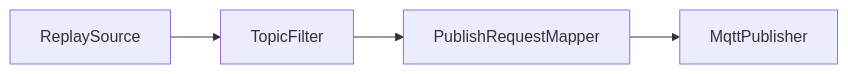
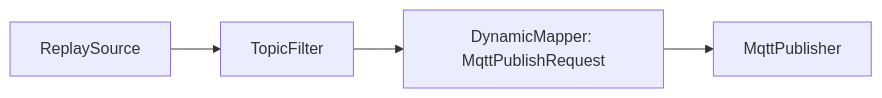
The second of 5 diagrams in docs/fork-flow.md (araxis/FluxMq), drawn with Mermaid before and after one commit. The commit also changed other lines of this file and 21 other files, not shown here.

Commit message:
fix: make flow mapping explicit (#58)

````diff
--- a/docs/fork-flow.md
+++ b/docs/fork-flow.md
@@ -27,6 +27,6 @@
 ```mermaid
 flowchart LR
     ReplaySource["ReplaySource"] --> ReplayFilter["TopicFilter"]
-    ReplayFilter --> PublishMapper["PublishRequestMapper"]
+    ReplayFilter --> PublishMapper["DynamicMapper: MqttPublishRequest"]
     PublishMapper --> Publisher["MqttPublisher"]
 ```
````
